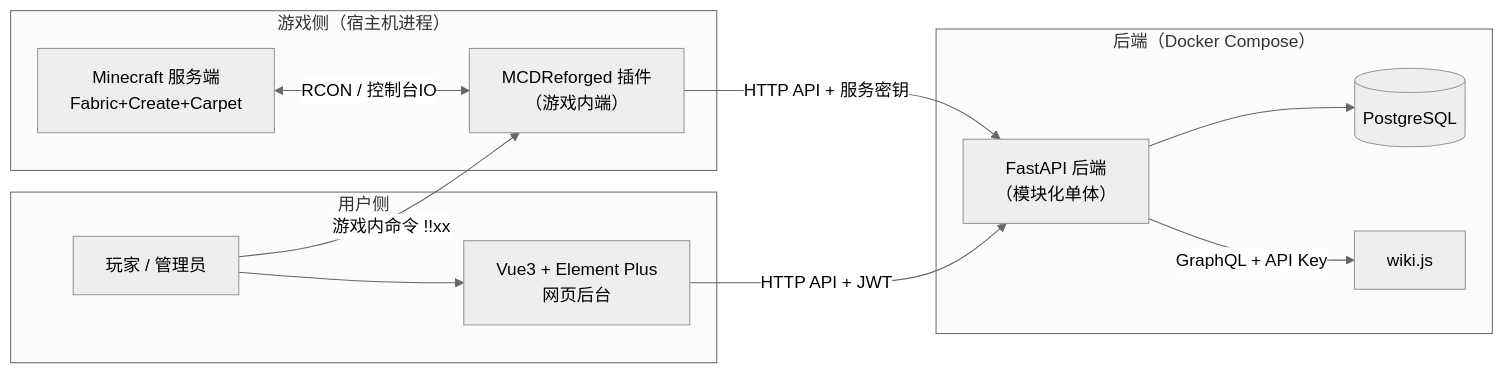
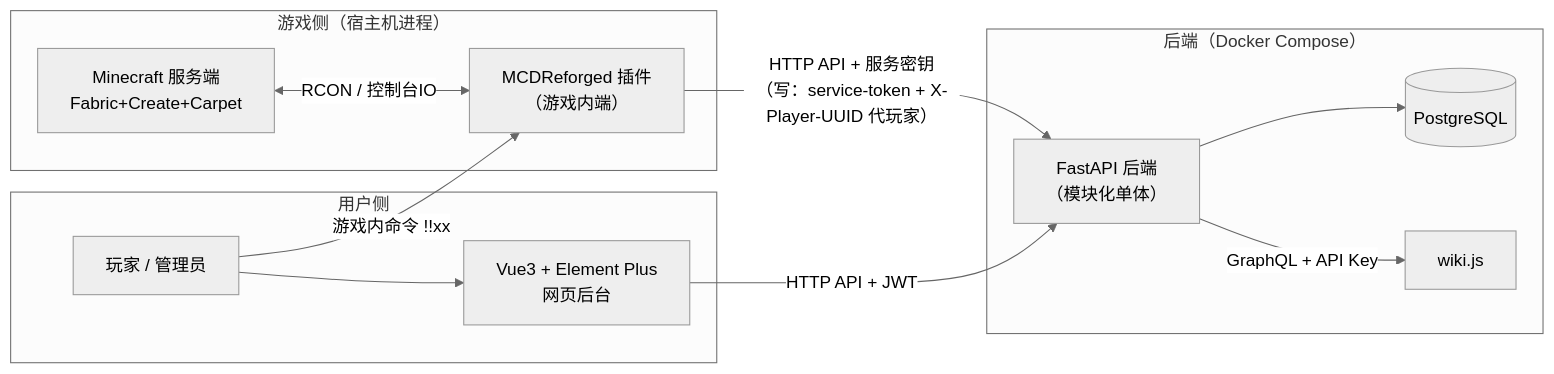
The first of 7 diagrams in Docs/architecture.md (YuShenLiu06/PCHSystem), drawn with Mermaid (neutral theme) before and after one commit. The commit also changed other lines of this file and 5 other files, not shown here.

````diff
--- a/Docs/architecture.md
+++ b/Docs/architecture.md
@@ -32,26 +32,26 @@
 ```mermaid
 flowchart LR
     subgraph Host["游戏侧（宿主机进程）"]
         MC["Minecraft 服务端<br/>Fabric+Create+Carpet"]
         MCDR["MCDReforged 插件<br/>（游戏内端）"]
         MC <-->|RCON / 控制台IO| MCDR
     end
 
     subgraph DC["后端（Docker Compose）"]
         API["FastAPI 后端<br/>（模块化单体）"]
         DB[("PostgreSQL")]
         WIKI["wiki.js"]
     end
 
     subgraph User["用户侧"]
         WEB["Vue3 + Element Plus<br/>网页后台"]
         P["玩家 / 管理员"]
     end
 
-    MCDR -->|HTTP API + 服务密钥| API
+    MCDR -->|HTTP API + 服务密钥<br/>（写：service-token + X-Player-UUID 代玩家）| API
     WEB -->|HTTP API + JWT| API
     P -->|游戏内命令 !!xx| MCDR
     P --> WEB
     API --> DB
     API -->|GraphQL + API Key| WIKI
 ```
````
